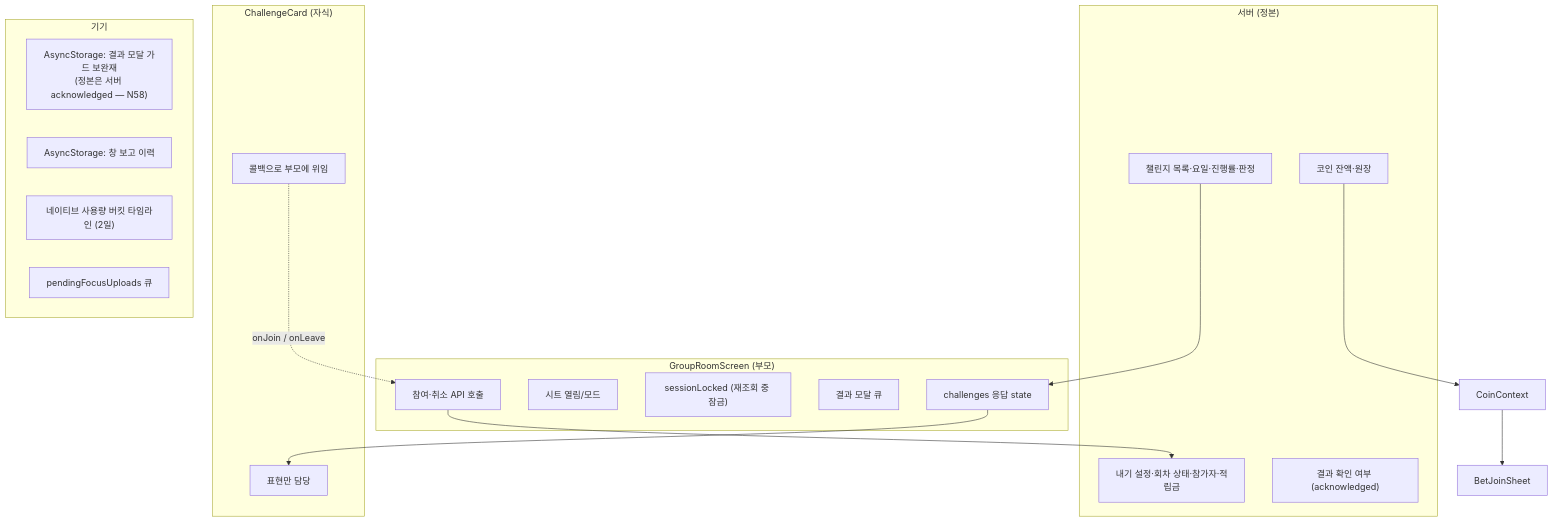
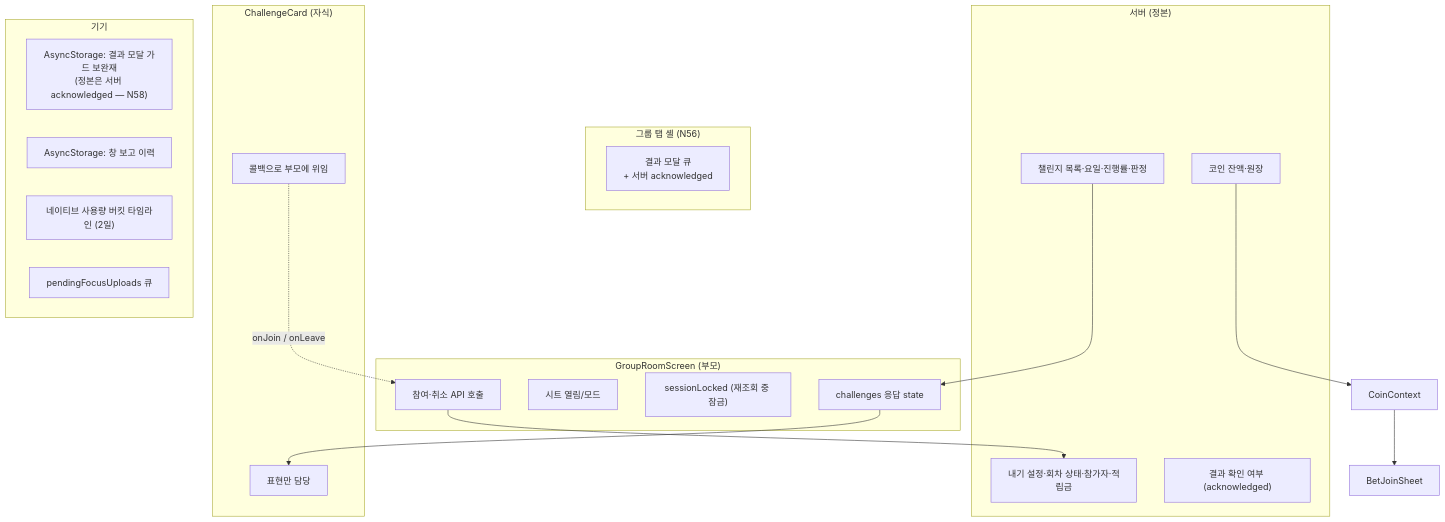
One commit to OneOrThree/phone changed diagram 11 of 11 in docs/prd/challenge/information-architecture.md. Above: the diagram before and after it, drawn with Mermaid. The commit also changed other lines of this file and 1 other file, not shown here.

````diff
--- a/docs/prd/challenge/information-architecture.md
+++ b/docs/prd/challenge/information-architecture.md
@@ -673,31 +691,33 @@
 ```mermaid
 flowchart TB
     subgraph server["서버 (정본)"]
         SV1["챌린지 목록·요일·진행률·판정"]
         SV2["내기 설정·회차 상태·참가자·적립금"]
         SV3["코인 잔액·원장"]
         SV4["결과 확인 여부 (acknowledged)"]
     end
     subgraph parent["GroupRoomScreen (부모)"]
         P1["challenges 응답 state"]
         P2["시트 열림/모드"]
         P3["sessionLocked (재조회 중 잠금)"]
-        P4["결과 모달 큐"]
         P5["참여·취소 API 호출"]
+    end
+    subgraph shell["그룹 탭 셸 (N56)"]
+        P4["결과 모달 큐<br/>+ 서버 acknowledged"]
     end
     subgraph card["ChallengeCard (자식)"]
         K1["표현만 담당"]
         K2["콜백으로 부모에 위임"]
     end
     subgraph device["기기"]
         D1["AsyncStorage: 결과 모달 가드 보완재<br/>(정본은 서버 acknowledged — N58)"]
         D2["AsyncStorage: 창 보고 이력"]
         D3["네이티브 사용량 버킷 타임라인 (2일)"]
         D4["pendingFocusUploads 큐"]
     end
 
     SV1 --> P1 --> K1
     K2 -.->|"onJoin / onLeave"| P5
     P5 --> SV2
     SV3 --> CC["CoinContext"] --> SH["BetJoinSheet"]
 ```
````
